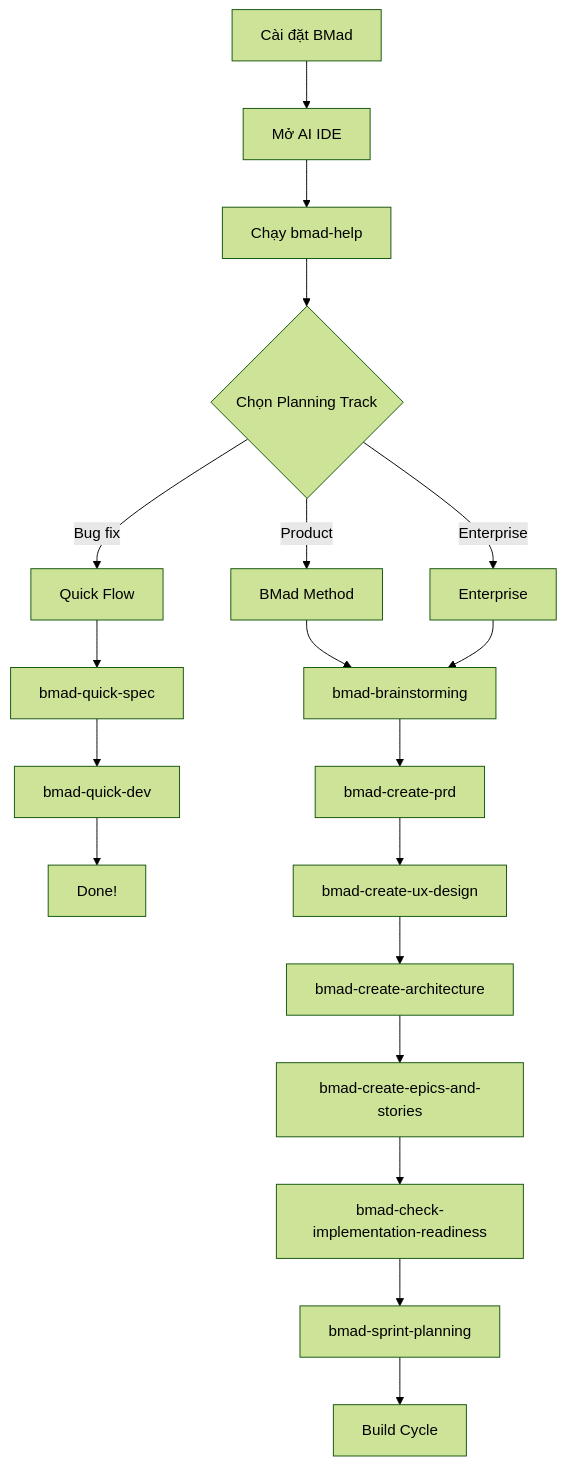
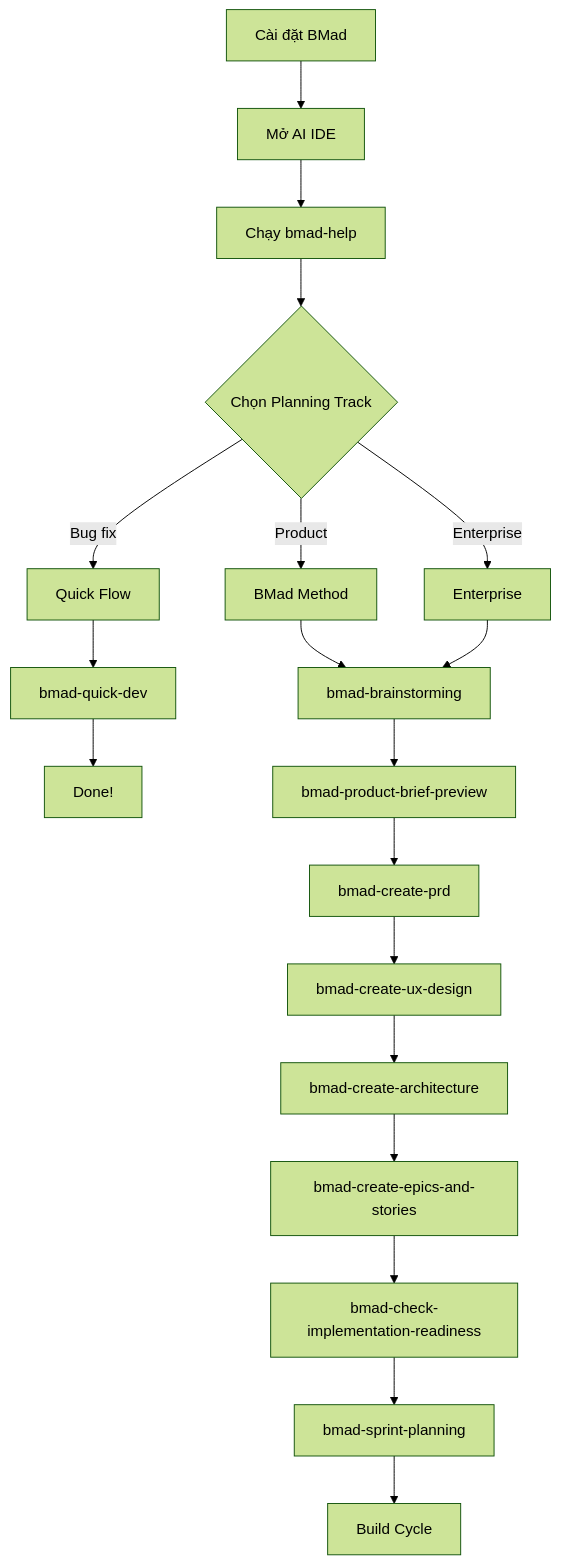
One commit to thientranhung/agentic-coding-lab changed the diagram in vn/bmad-method/2. Playbook.md. Above: the diagram before and after it, drawn with Mermaid (forest theme). The commit also changed other lines of this file and 14 other files, not shown here.

````diff
--- a/vn/bmad-method/2. Playbook.md
+++ b/vn/bmad-method/2. Playbook.md
@@ -123,24 +62,21 @@
 ```mermaid
 flowchart TD
     A["Cài đặt BMad"] --> B["Mở AI IDE"]
     B --> C["Chạy bmad-help"]
     C --> D{"Chọn Planning Track"}
     D -->|"Bug fix"| QF["Quick Flow"]
     D -->|"Product"| BM["BMad Method"]
     D -->|"Enterprise"| ENT["Enterprise"]
-
-    QF --> QS["bmad-quick-spec"]
-    QS --> QD["bmad-quick-dev"]
+    QF --> QD["bmad-quick-dev"]
     QD --> DONE["Done!"]
-
     BM --> BS["bmad-brainstorming"]
-    BS --> PRD["bmad-create-prd"]
+    BS --> PBR["bmad-product-brief-preview"]
+    PBR --> PRD["bmad-create-prd"]
     PRD --> UX["bmad-create-ux-design"]
     UX --> ARCH["bmad-create-architecture"]
     ARCH --> EPC["bmad-create-epics-and-stories"]
     EPC --> IRC["bmad-check-implementation-readiness"]
     IRC --> SP["bmad-sprint-planning"]
     SP --> BUILD["Build Cycle"]
-
     ENT --> BS
 ```
````
